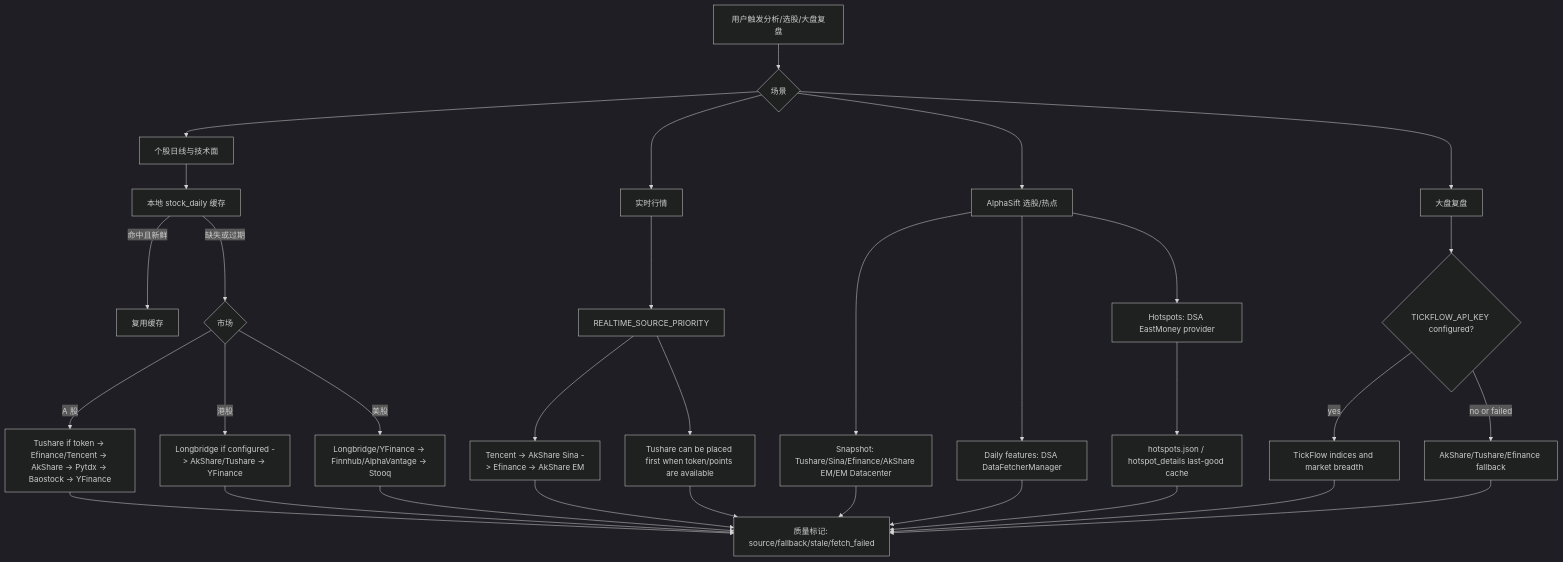
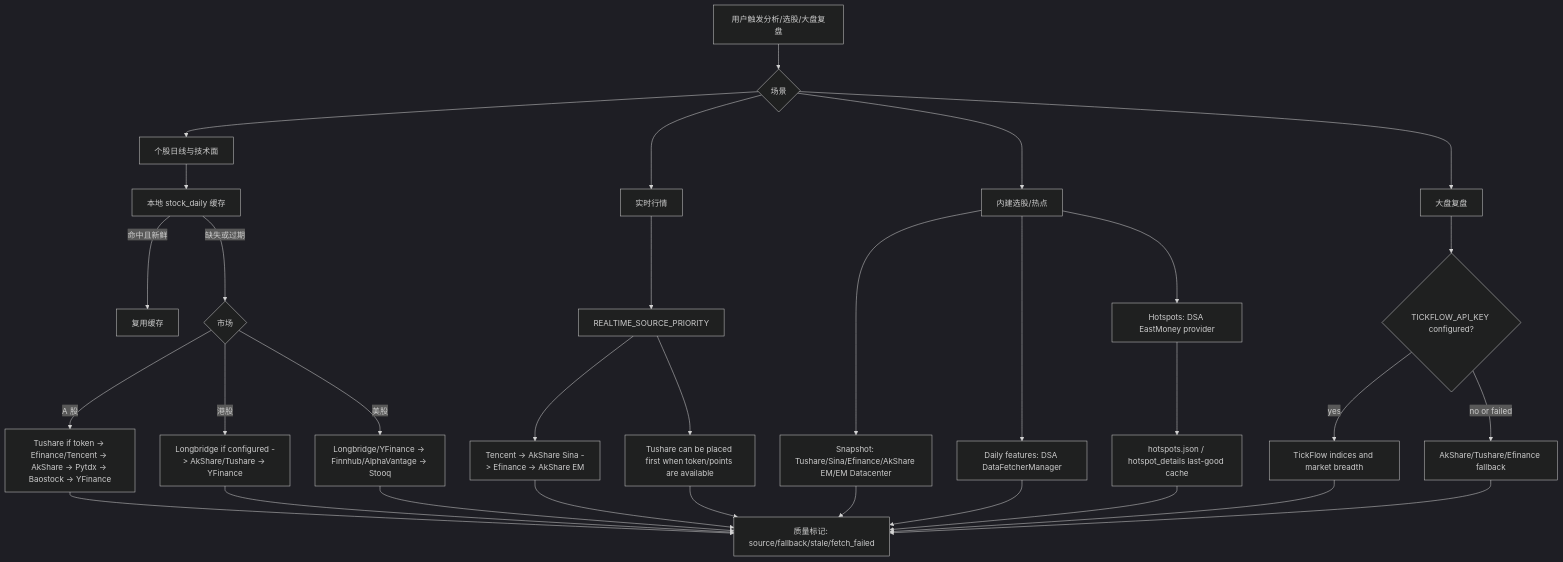
One commit to fmaresca/daily_stock_analysis changed the first of 3 diagrams in docs/data-source-stability.md. Above: the diagram before and after it, drawn with Mermaid (dark theme). The commit also changed other lines of this file and 85 other files, not shown here.

First line of the commit message:
feat: 将参考 AlphaSift 的选股实现纳入主项目 (#2136)

````diff
--- a/docs/data-source-stability.md
+++ b/docs/data-source-stability.md
@@ -30,40 +30,40 @@
 ```mermaid
 flowchart TD
     Q[用户触发分析/选股/大盘复盘] --> S{场景}
 
     S --> D[个股日线与技术面]
     S --> R[实时行情]
-    S --> A[AlphaSift 选股/热点]
+    S --> A[内建选股/热点]
     S --> M[大盘复盘]
 
     D --> C[本地 stock_daily 缓存]
     C -->|命中且新鲜| COK[复用缓存]
     C -->|缺失或过期| DM{市场}
     DM -->|A 股| CN[Tushare if token -> Efinance/Tencent -> AkShare -> Pytdx -> Baostock -> YFinance]
     DM -->|港股| HK[Longbridge if configured -> AkShare/Tushare -> YFinance]
     DM -->|美股| US[Longbridge/YFinance -> Finnhub/AlphaVantage -> Stooq]
 
     R --> RP[REALTIME_SOURCE_PRIORITY]
     RP --> RS[Tencent -> AkShare Sina -> Efinance -> AkShare EM]
     RP --> RT[Tushare can be placed first when token/points are available]
 
     A --> AS[Snapshot: Tushare/Sina/Efinance/AkShare EM/EM Datacenter]
     A --> AD[Daily features: DSA DataFetcherManager]
     A --> AH[Hotspots: DSA EastMoney provider]
     AH --> AC[hotspots.json / hotspot_details last-good cache]
 
     M --> TF{TICKFLOW_API_KEY configured?}
     TF -->|yes| TFM[TickFlow indices and market breadth]
     TF -->|no or failed| MF[AkShare/Tushare/Efinance fallback]
 
     CN --> QL[质量标记: source/fallback/stale/fetch_failed]
     HK --> QL
     US --> QL
     RS --> QL
     RT --> QL
     AS --> QL
     AD --> QL
     AC --> QL
     TFM --> QL
     MF --> QL
 ```
````
